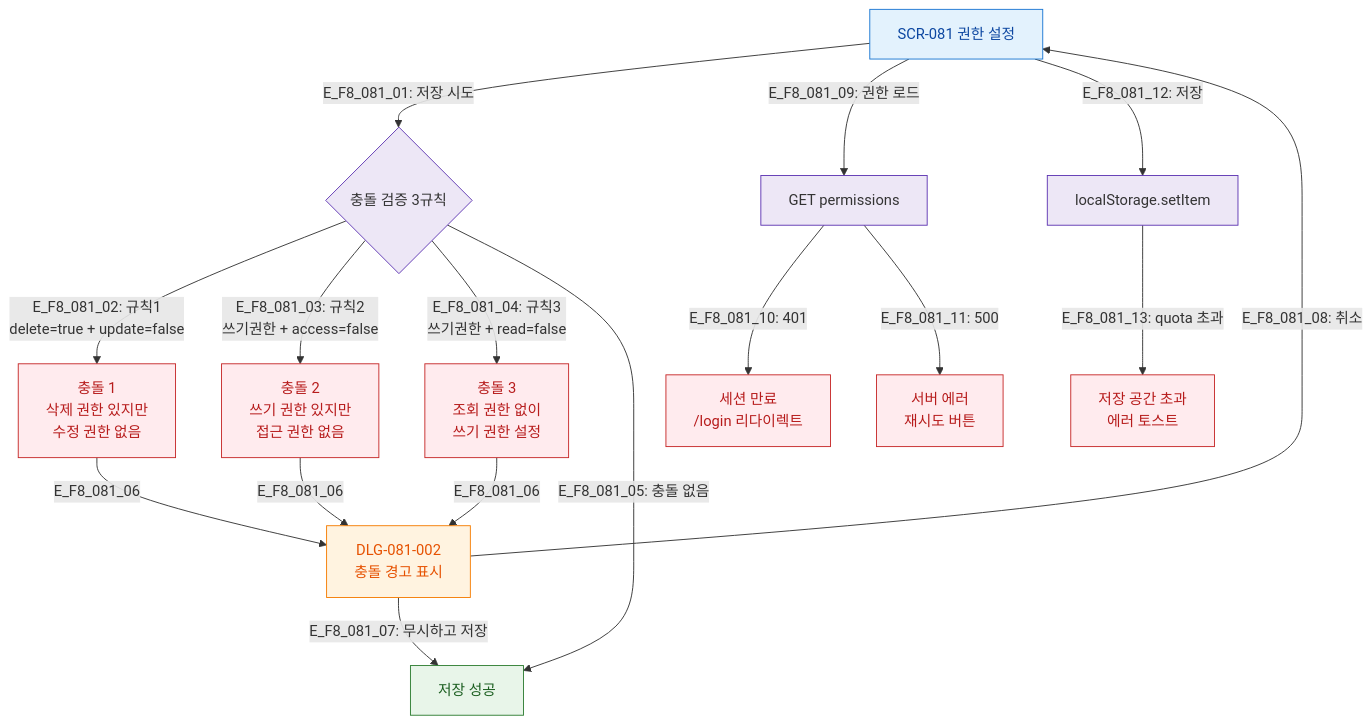
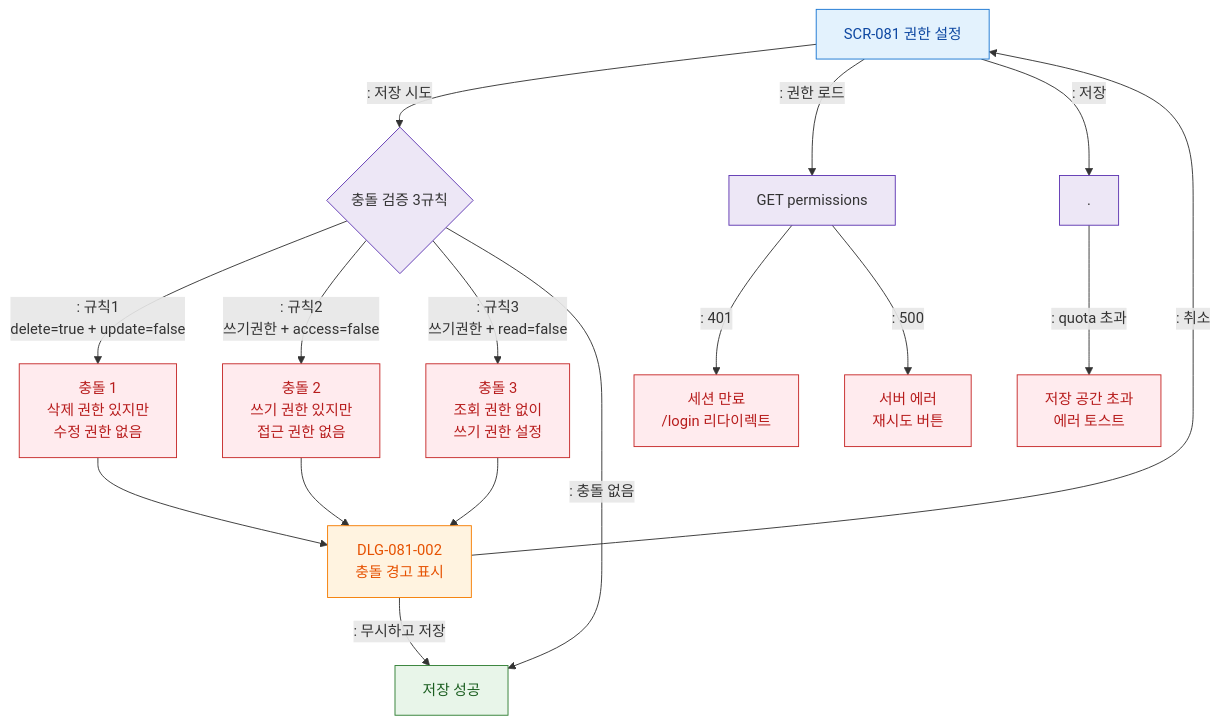
Before and after one commit to dev-spogym/admin-pando: the diagram in docs/다이어그램/D09_설정관리/SCR-081_권한설정/F8_에러예외복구.md, drawn with Mermaid. The commit also changed other lines of this file and 1660 other files, not shown here.

First line of the commit message:
다이어그램: 기획자/클라이언트 납품본으로 정리

````diff
--- a/docs/다이어그램/D09_설정관리/SCR-081_권한설정/F8_에러예외복구.md
+++ b/docs/다이어그램/D09_설정관리/SCR-081_권한설정/F8_에러예외복구.md
@@ -17,32 +15,32 @@
 ```mermaid
 flowchart TD
     SCR081[SCR-081 권한 설정]
 
-    SCR081 -->|"E_F8_081_01: 저장 시도"| ConflictCheck{충돌 검증 3규칙}
-    ConflictCheck -->|"E_F8_081_02: 규칙1\ndelete=true + update=false"| Conflict1[충돌 1\n삭제 권한 있지만\n수정 권한 없음]
-    ConflictCheck -->|"E_F8_081_03: 규칙2\n쓰기권한 + access=false"| Conflict2[충돌 2\n쓰기 권한 있지만\n접근 권한 없음]
-    ConflictCheck -->|"E_F8_081_04: 규칙3\n쓰기권한 + read=false"| Conflict3[충돌 3\n조회 권한 없이\n쓰기 권한 설정]
-    ConflictCheck -->|"E_F8_081_05: 충돌 없음"| SaveOK[저장 성공]
+    SCR081 -->|": 저장 시도"|ConflictCheck{충돌 검증 3규칙}
+    ConflictCheck -->|": 규칙1\ndelete=true + update=false"|Conflict1[충돌 1\n삭제 권한 있지만\n수정 권한 없음]
+    ConflictCheck -->|": 규칙2\n쓰기권한 + access=false"|Conflict2[충돌 2\n쓰기 권한 있지만\n접근 권한 없음]
+    ConflictCheck -->|": 규칙3\n쓰기권한 + read=false"|Conflict3[충돌 3\n조회 권한 없이\n쓰기 권한 설정]
+    ConflictCheck -->|": 충돌 없음"|SaveOK[저장 성공]
 
-    Conflict1 & Conflict2 & Conflict3 -->|E_F8_081_06| DLG_002[DLG-081-002\n충돌 경고 표시]
-    DLG_002 -->|"E_F8_081_07: 무시하고 저장"| SaveOK
-    DLG_002 -->|"E_F8_081_08: 취소"| SCR081
+    Conflict1 & Conflict2 & Conflict3 --> DLG_002[DLG-081-002\n충돌 경고 표시]
+    DLG_002 -->|": 무시하고 저장"|SaveOK
+    DLG_002 -->|": 취소"|SCR081
 
-    SCR081 -->|"E_F8_081_09: 권한 로드"| LoadPerm[GET permissions]
-    LoadPerm -->|"E_F8_081_10: 401"| E_Auth[세션 만료\n/login 리다이렉트]
-    LoadPerm -->|"E_F8_081_11: 500"| E_Server[서버 에러\n재시도 버튼]
+    SCR081 -->|": 권한 로드"|LoadPerm[GET permissions]
+    LoadPerm -->|": 401"|E_Auth[세션 만료\n/login 리다이렉트]
+    LoadPerm -->|": 500"|E_Server[서버 에러\n재시도 버튼]
 
-    SCR081 -->|"E_F8_081_12: 저장"| SavePerm[localStorage.setItem]
-    SavePerm -->|"E_F8_081_13: quota 초과"| E_Storage[저장 공간 초과\n에러 토스트]
+    SCR081 -->|": 저장"|SavePerm[.]
+    SavePerm -->|": quota 초과"|E_Storage[저장 공간 초과\n에러 토스트]
 
     classDef screen fill:#E3F2FD,stroke:#1976D2,color:#0D47A1
     classDef modal fill:#FFF3E0,stroke:#F57C00,color:#E65100
     classDef error fill:#FFEBEE,stroke:#C62828,color:#B71C1C
     classDef success fill:#E8F5E9,stroke:#2E7D32,color:#1B5E20
     classDef system fill:#EDE7F6,stroke:#5E35B2
     class SCR081 screen
     class DLG_002 modal
     class Conflict1,Conflict2,Conflict3,E_Auth,E_Server,E_Storage error
     class SaveOK success
     class ConflictCheck,LoadPerm,SavePerm system
 ```
````
